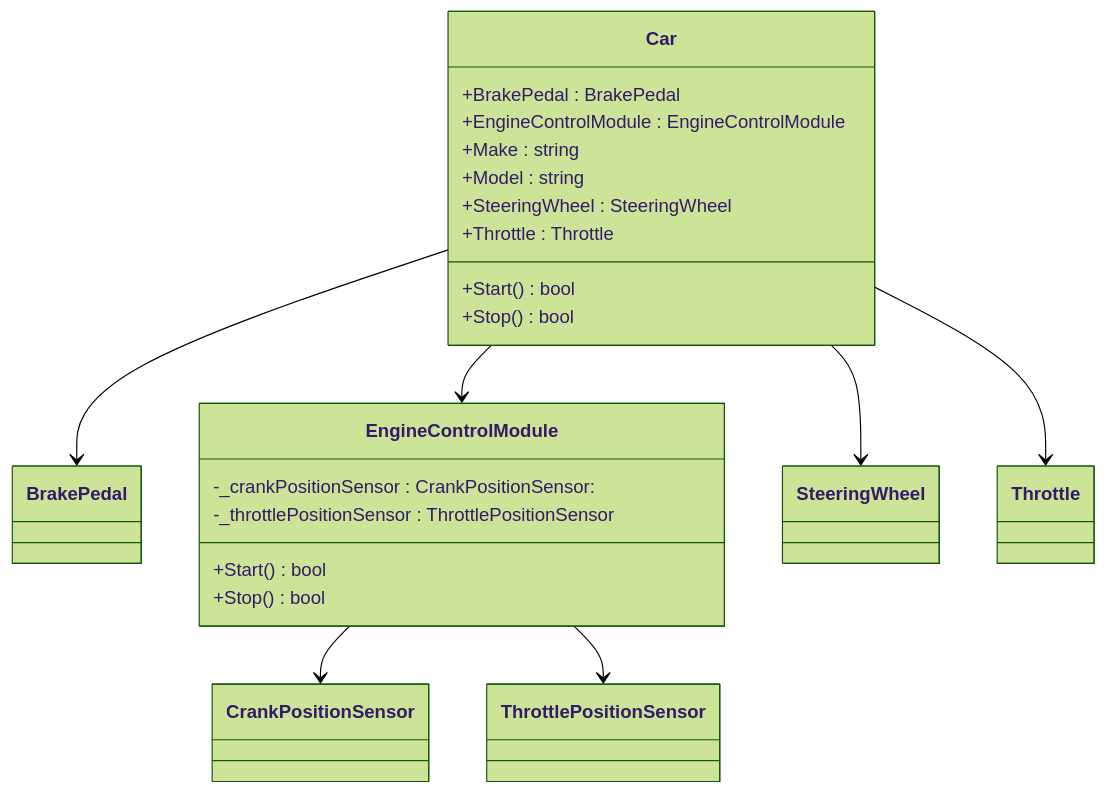
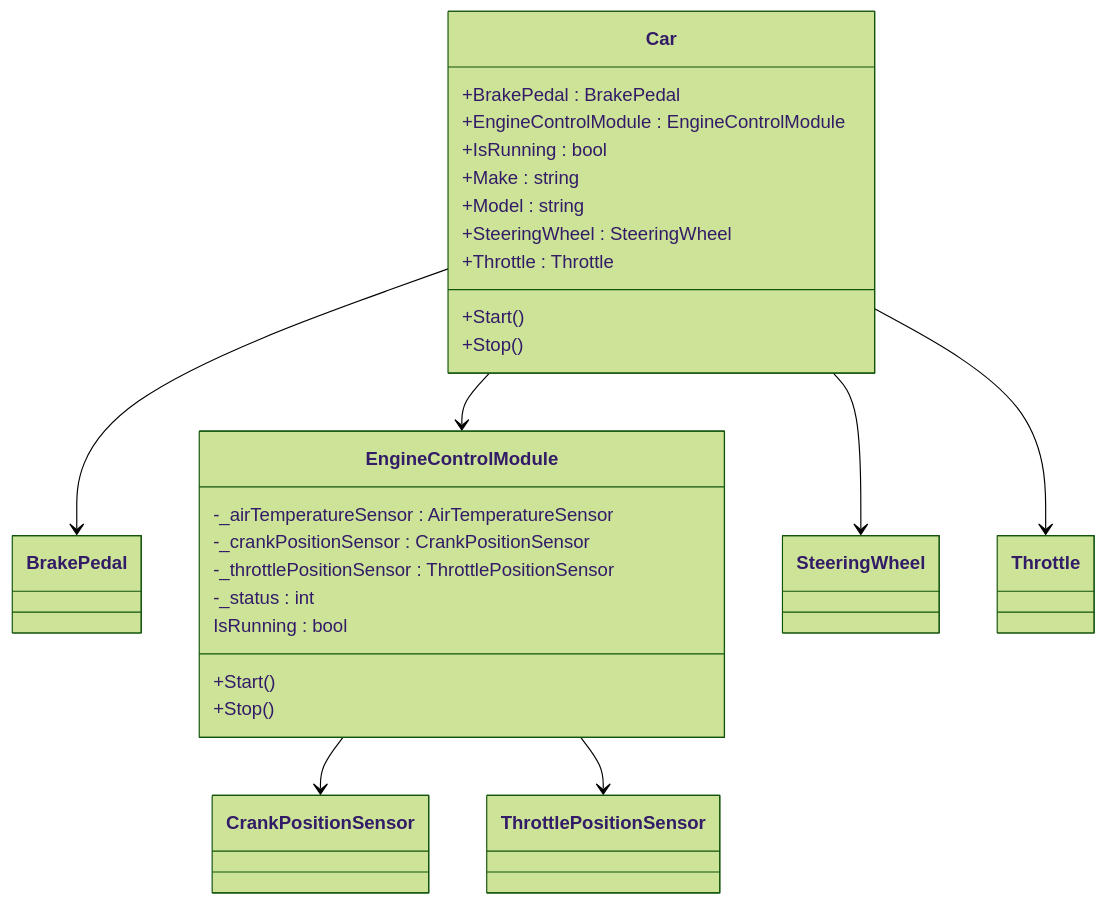
Before and after one commit to MelGrubb/ps-oo-cs10: the diagram in 03-pillars.md, drawn with Mermaid (forest theme).

Commit message:
Inheritance prep

````diff
--- a/03-pillars.md
+++ b/03-pillars.md
@@ -7,25 +7,29 @@
 ```mermaid
 classDiagram
 	class Car {
 		+BrakePedal : BrakePedal
 		+EngineControlModule : EngineControlModule
+		+IsRunning : bool
 		+Make : string
 		+Model : string
 		+SteeringWheel : SteeringWheel
 		+Throttle : Throttle
-		+Start() bool
-		+Stop() bool
+		+Start()
+		+Stop()
 	}
 	Car --> BrakePedal
 	Car --> EngineControlModule
 	Car --> SteeringWheel
 	Car --> Throttle
 	class EngineControlModule {
-		-_crankPositionSensor : CrankPositionSensor:
+		-_airTemperatureSensor : AirTemperatureSensor
+		-_crankPositionSensor : CrankPositionSensor
 		-_throttlePositionSensor : ThrottlePositionSensor
-		+Start() bool
-		+Stop() bool
+		-_status : int
+		IsRunning : bool
+		+Start()
+		+Stop()
 	}
 	EngineControlModule --> CrankPositionSensor
 	EngineControlModule --> ThrottlePositionSensor
 ```
````
